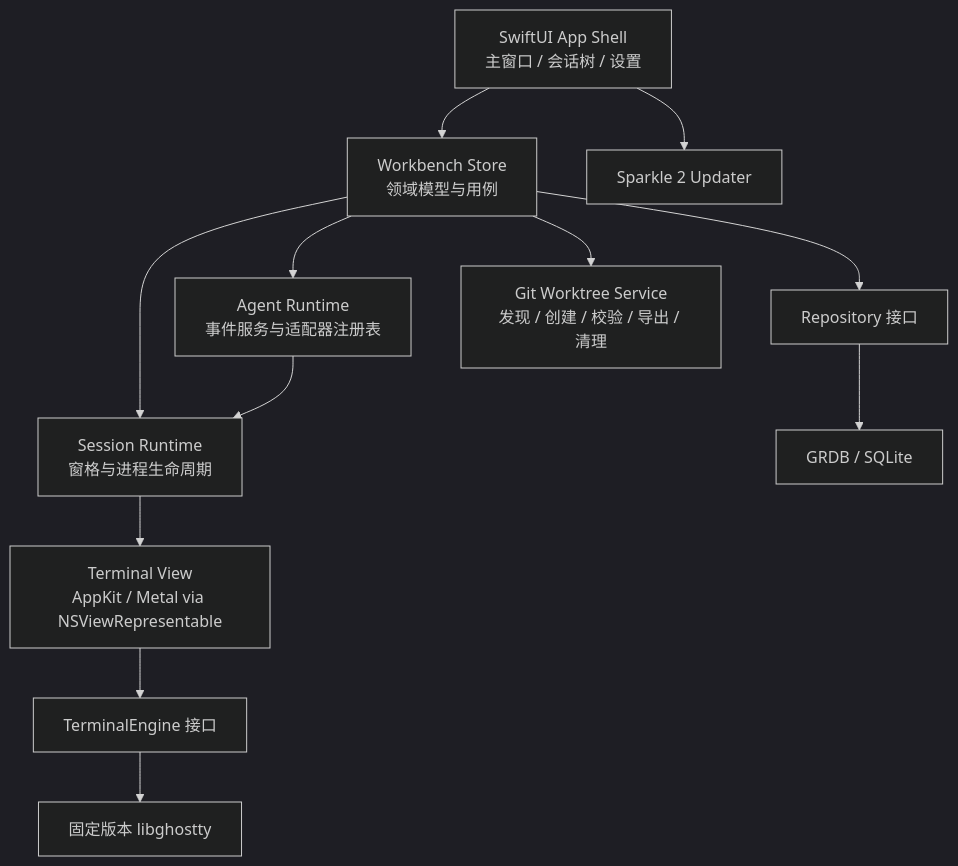
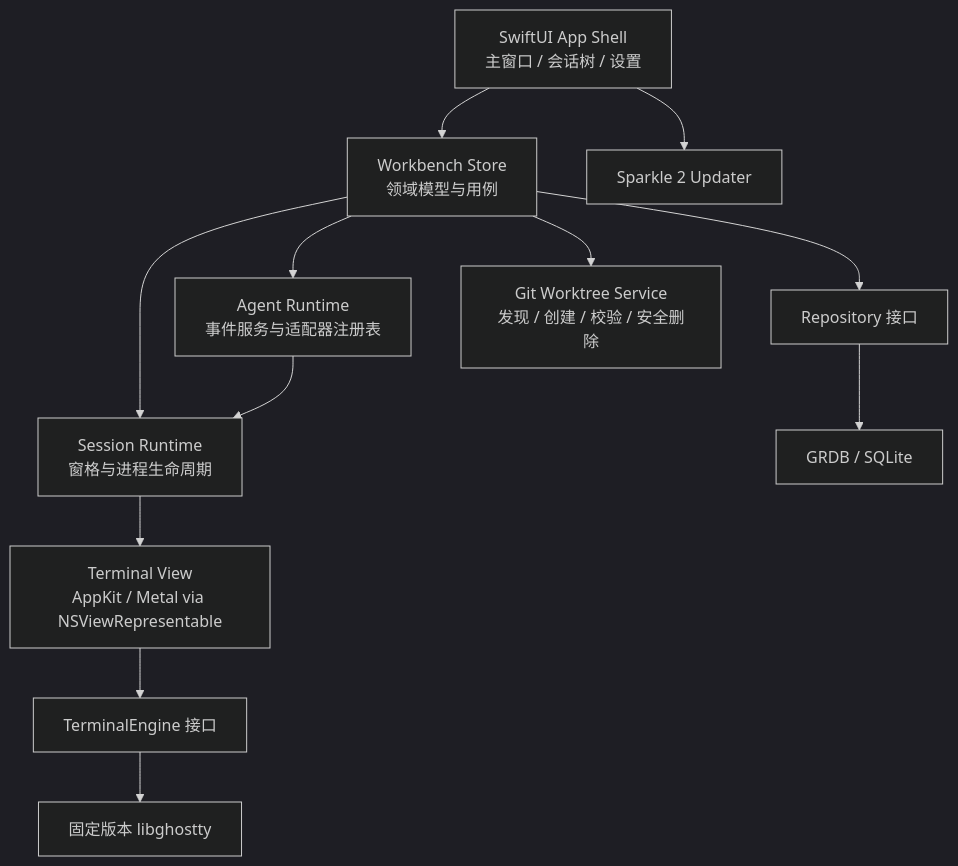
Before and after one commit to KMMoonlight/breath: the second of 2 diagrams in docs/design/v1-product-and-architecture.md, drawn with Mermaid (dark theme). The commit also changed other lines of this file and 8 other files, not shown here.

````diff
--- a/docs/design/v1-product-and-architecture.md
+++ b/docs/design/v1-product-and-architecture.md
@@ -241,14 +241,14 @@
 ```mermaid
 flowchart TB
     UI["SwiftUI App Shell\n主窗口 / 会话树 / 设置"] --> WS["Workbench Store\n领域模型与用例"]
     WS --> SR["Session Runtime\n窗格与进程生命周期"]
     SR --> TV["Terminal View\nAppKit / Metal via NSViewRepresentable"]
     TV --> TE["TerminalEngine 接口"]
     TE --> GH["固定版本 libghostty"]
     WS --> AR["Agent Runtime\n事件服务与适配器注册表"]
     AR --> SR
     WS --> REPO["Repository 接口"]
     REPO --> DB["GRDB / SQLite"]
     UI --> UP["Sparkle 2 Updater"]
-    WS --> GW["Git Worktree Service\n发现 / 创建 / 校验 / 导出 / 清理"]
+    WS --> GW["Git Worktree Service\n发现 / 创建 / 校验 / 安全删除"]
 ```
````
